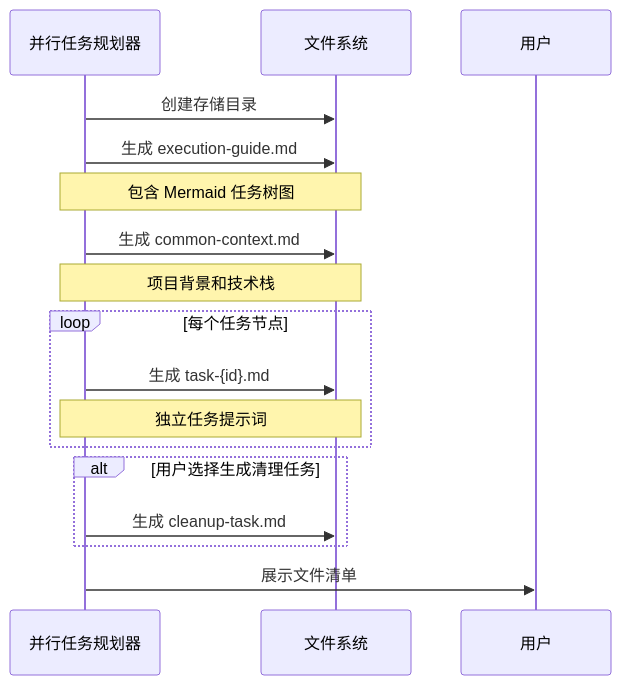
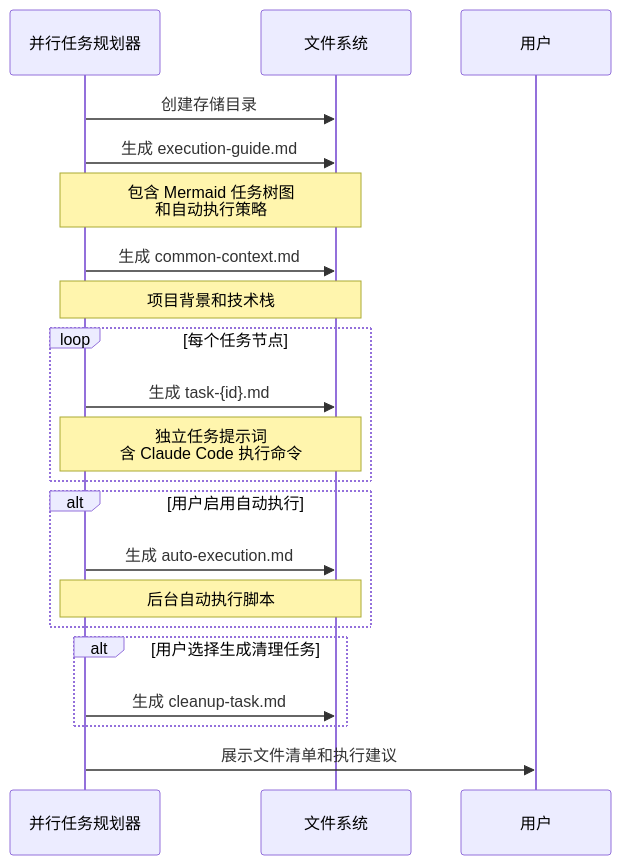
Before and after one commit to JIA-ss/agents: the fifth of 6 diagrams in agents/parallel-task-planner.md, drawn with Mermaid. The commit also changed other lines of this file and 5 other files, not shown here.

First line of the commit message:
feat: add auto-execution capability and change agents to inherit model

````diff
--- a/agents/parallel-task-planner.md
+++ b/agents/parallel-task-planner.md
@@ -152,23 +174,28 @@
 ```mermaid
 sequenceDiagram
     participant Agent as 并行任务规划器
     participant File as 文件系统
     participant User as 用户
 
     Agent->>File: 创建存储目录
     Agent->>File: 生成 execution-guide.md
-    Note over Agent,File: 包含 Mermaid 任务树图
+    Note over Agent,File: 包含 Mermaid 任务树图<br/>和自动执行策略
     Agent->>File: 生成 common-context.md
     Note over Agent,File: 项目背景和技术栈
 
     loop 每个任务节点
         Agent->>File: 生成 task-{id}.md
-        Note over Agent,File: 独立任务提示词
+        Note over Agent,File: 独立任务提示词<br/>含 Claude Code 执行命令
+    end
+
+    alt 用户启用自动执行
+        Agent->>File: 生成 auto-execution.md
+        Note over Agent,File: 后台自动执行脚本
     end
 
     alt 用户选择生成清理任务
         Agent->>File: 生成 cleanup-task.md
     end
 
-    Agent->>User: 展示文件清单
+    Agent->>User: 展示文件清单和执行建议
 ```
````
